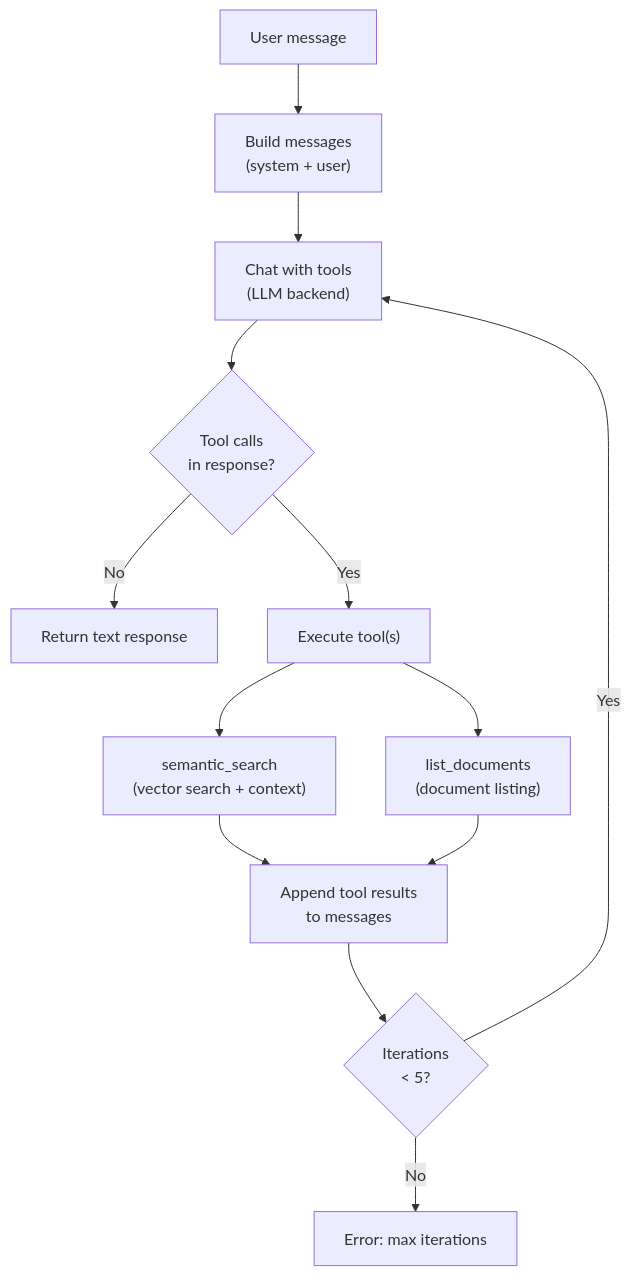
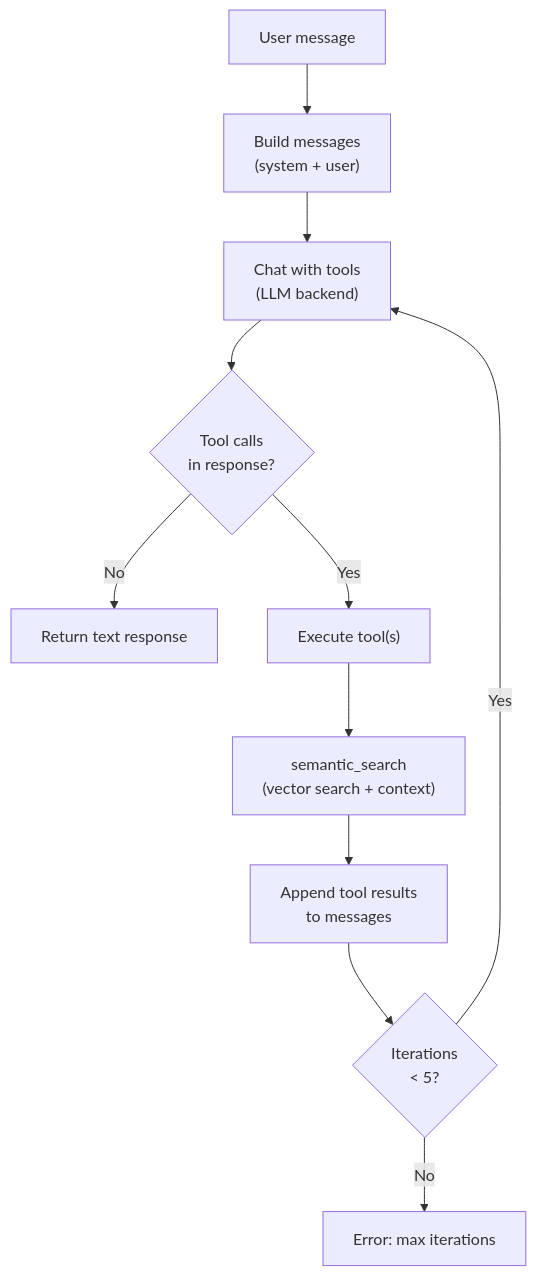
One commit to klnstprx/etsi-rag changed the fifth of 8 diagrams in docs/diagrams.md. Above: the diagram before and after it, drawn with Mermaid. The commit also changed 8 other files, not shown here.

First line of the commit message:
refactor(agent): agent-centric architecture; drop list_documents; immutable Agent

````diff
--- a/docs/diagrams.md
+++ b/docs/diagrams.md
@@ -168,19 +168,17 @@
 ```mermaid
 flowchart TB
     Start["User message"] --> Build["Build messages<br/>(system + user)"]
     Build --> LLMCall["Chat with tools<br/>(LLM backend)"]
     LLMCall --> Check{"Tool calls<br/>in response?"}
 
     Check -->|"No"| Final["Return text response"]
     Check -->|"Yes"| Execute["Execute tool(s)"]
 
     Execute --> SemanticSearch["semantic_search<br/>(vector search + context)"]
-    Execute --> ListDocs["list_documents<br/>(document listing)"]
 
     SemanticSearch --> Append["Append tool results<br/>to messages"]
-    ListDocs --> Append
 
     Append --> Counter{"Iterations<br/>< 5?"}
     Counter -->|"Yes"| LLMCall
     Counter -->|"No"| Error["Error: max iterations"]
 ```
````
